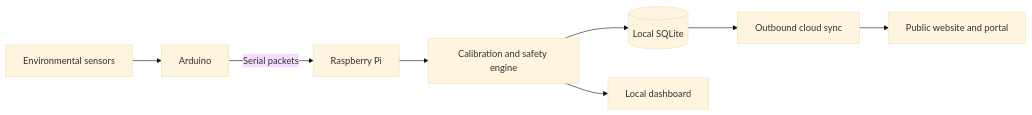
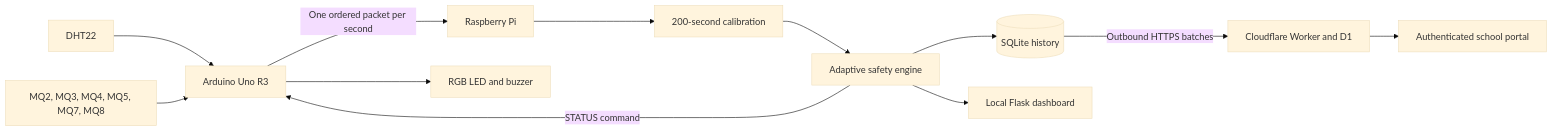
The diagram in README.md (ojasprm-codes/edusense-ATL), drawn with Mermaid (base theme) before and after one commit. The commit also changed other lines of this file and 90 other files, not shown here.

````diff
--- a/README.md
+++ b/README.md
@@ -27,10 +37,14 @@
 ```mermaid
 flowchart LR
-    Sensors[Environmental sensors] --> Arduino[Arduino]
-    Arduino -->|Serial packets| Pi[Raspberry Pi]
-    Pi --> Engine[Calibration and safety engine]
-    Engine --> DB[(Local SQLite)]
-    Engine --> Local[Local dashboard]
-    DB --> Sync[Outbound cloud sync]
-    Sync --> Web[Public website and portal]
+    DHT[DHT22] --> UNO[Arduino Uno R3]
+    MQ[MQ2, MQ3, MQ4, MQ5, MQ7, MQ8] --> UNO
+    UNO -->|One ordered packet per second| PI[Raspberry Pi]
+    PI --> CAL[200-second calibration]
+    CAL --> SAFE[Adaptive safety engine]
+    SAFE --> DB[(SQLite history)]
+    SAFE --> UI[Local Flask dashboard]
+    SAFE -->|STATUS command| UNO
+    UNO --> RGB[RGB LED and buzzer]
+    DB -->|Outbound HTTPS batches| CF[Cloudflare Worker and D1]
+    CF --> PORTAL[Authenticated school portal]
 ```
````
